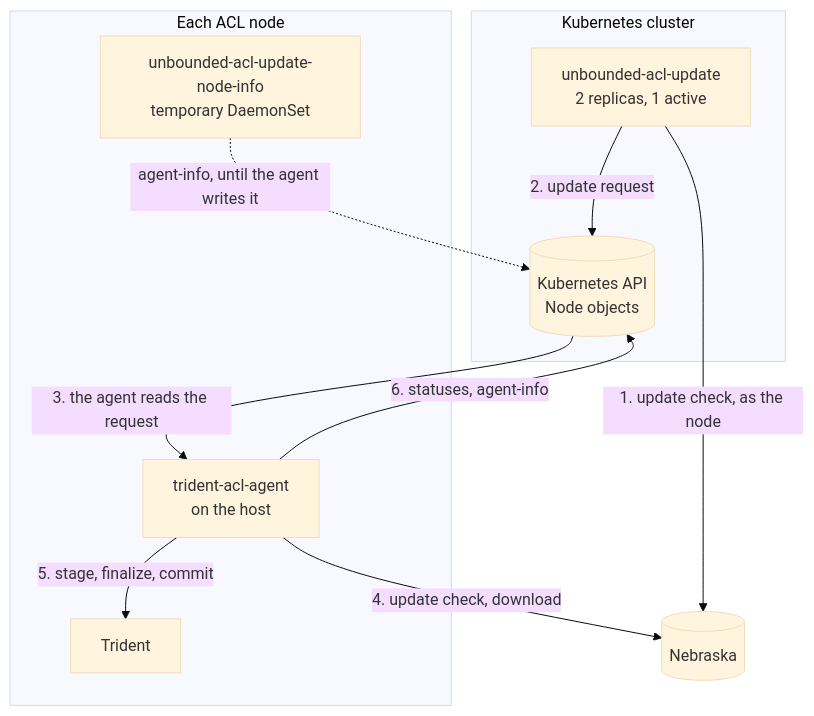
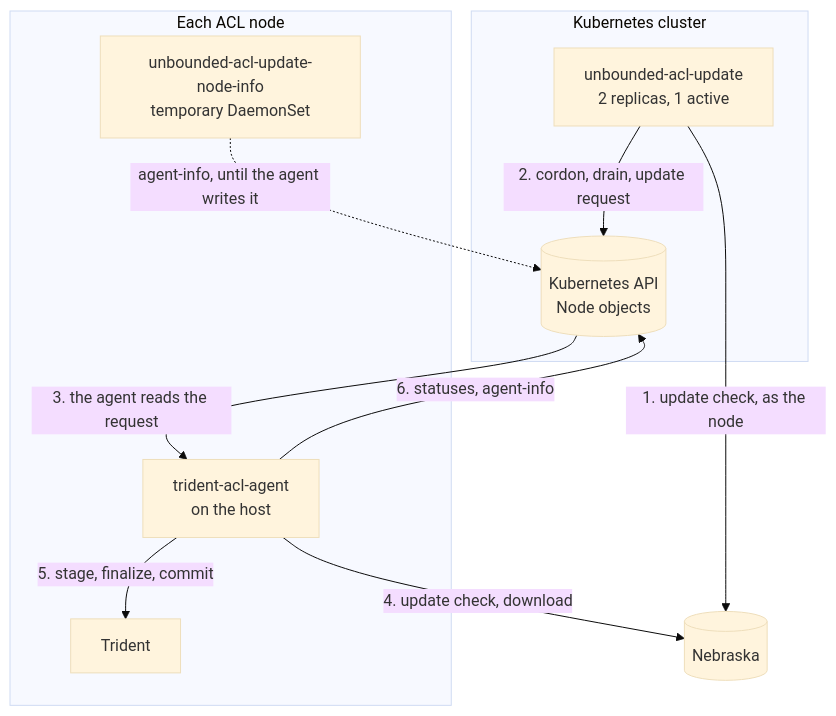
Before and after one commit to Azure/unbounded: the second of 6 diagrams in designs/unbounded-acl-update.md, drawn with Mermaid (base theme). The commit also changed other lines of this file, not shown here.

````diff
--- a/designs/unbounded-acl-update.md
+++ b/designs/unbounded-acl-update.md
@@ -191,21 +207,21 @@
 ```mermaid
 flowchart TB
     Nebraska[("Nebraska")]
     subgraph cluster["Kubernetes cluster"]
         Service["unbounded-acl-update<br/>2 replicas, 1 active"]
         API[("Kubernetes API<br/>Node objects")]
     end
     subgraph aclnode["Each ACL node"]
         Agent["trident-acl-agent<br/>on the host"]
         Info["unbounded-acl-update-node-info<br/>temporary DaemonSet"]
         Trident["Trident"]
     end
 
     Service -->|"1. update check, as the node"| Nebraska
-    Service -->|"2. update request"| API
+    Service -->|"2. cordon, drain, update request"| API
     API -->|"3. the agent reads the request"| Agent
     Agent -->|"4. update check, download"| Nebraska
     Agent -->|"5. stage, finalize, commit"| Trident
     Agent -->|"6. statuses, agent-info"| API
     Info -.->|"agent-info, until the agent writes it"| API
 ```
````
